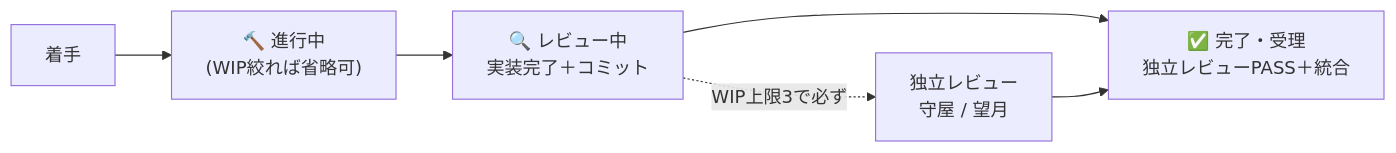
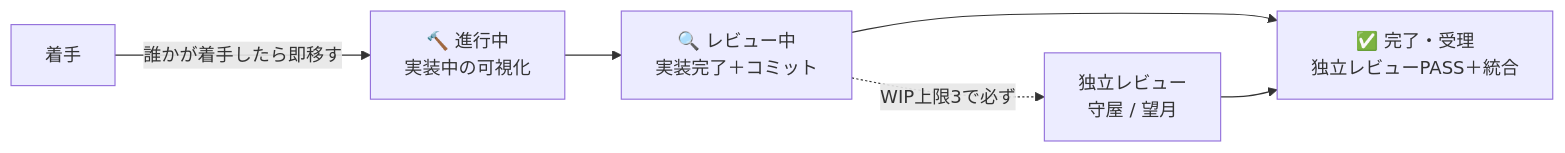
The diagram in .kiro/steering/operations.md (kumamoto-kouki/mitatete), drawn with Mermaid before and after one commit. The commit also changed other lines of this file and 1 other file, not shown here.

Commit message:
docs: D2受理をダッシュボード整合＋「着手→進行中」を状態遷移に追加
D2(アバター画像)を望月APPROVEDで受理・統合(merge b4ec984)。ボードD2→完了・
レビュー中→空・KPI画面側173→178・spec character-layer 72→77・ヘッダ・更新履歴を
実施=神谷で一括整合。

PO指示: 誰かが着手した時点でカードを進行中へ移す。operations.mdの状態遷移
(Mermaid＋規則)を更新(「普段は空・省略可」を廃止)、ボードの進行中列の説明も更新。

````diff
--- a/.kiro/steering/operations.md
+++ b/.kiro/steering/operations.md
@@ -19,8 +19,8 @@
 ```mermaid
 flowchart LR
-  A[着手] --> B["🔨 進行中<br/>(WIP絞れば省略可)"]
+  A[着手] -->|誰かが着手したら即移す| B["🔨 進行中<br/>実装中の可視化"]
   B --> C["🔍 レビュー中<br/>実装完了＋コミット"]
   C --> D["✅ 完了・受理<br/>独立レビューPASS＋統合"]
   C -. "WIP上限3で必ず" .-> E["独立レビュー<br/>守屋 / 望月"]
   E --> D
 ```
````
